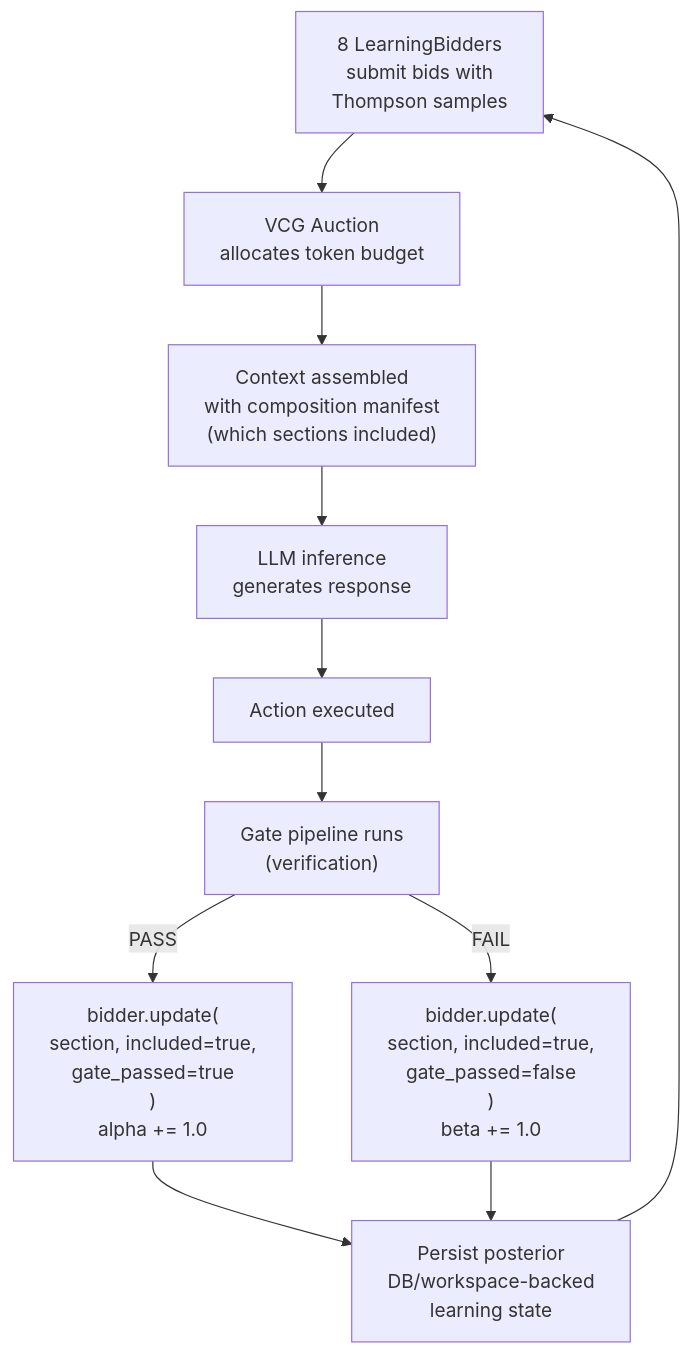
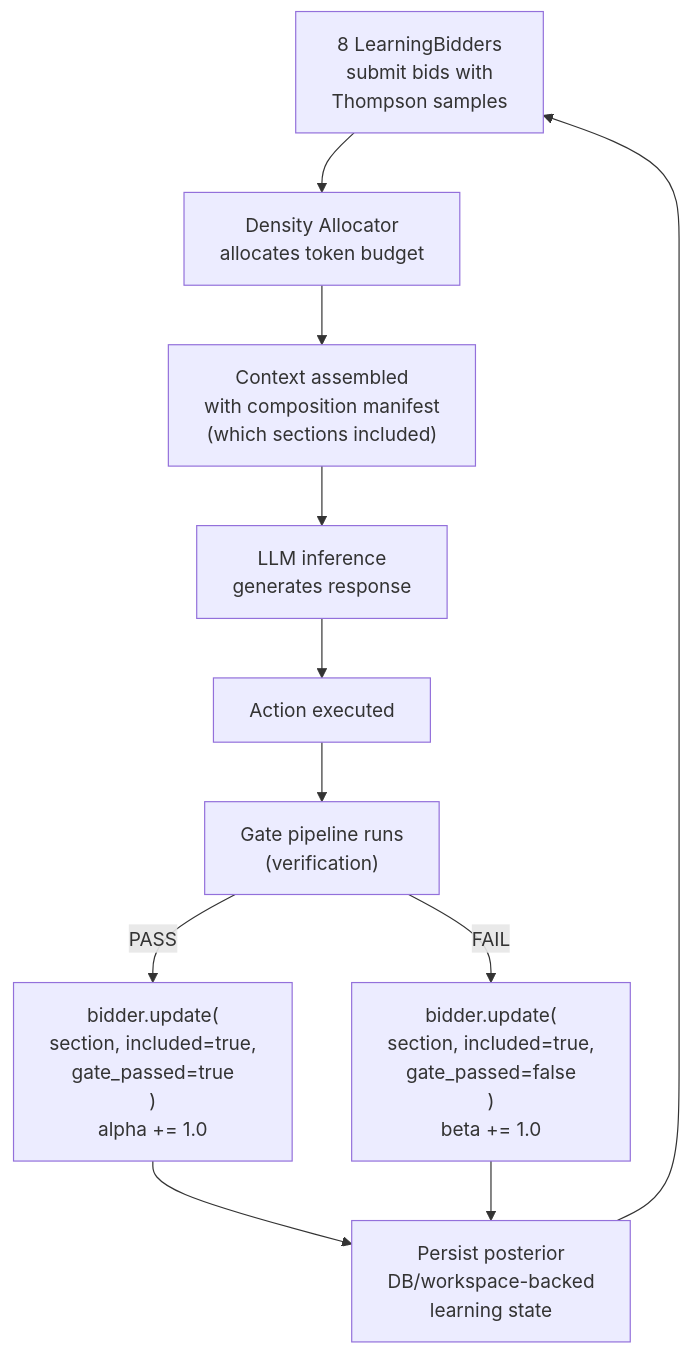
The third of 6 diagrams in tmp/context-memory/budget-composition.md (wpank/ironclaw), drawn with Mermaid before and after one commit. The commit also changed other lines of this file and 121 other files, not shown here.

````diff
--- a/tmp/context-memory/budget-composition.md
+++ b/tmp/context-memory/budget-composition.md
@@ -765,13 +494,13 @@
 ```mermaid
 flowchart TD
-    A["8 LearningBidders\nsubmit bids with\nThompson samples"] --> B["VCG Auction\nallocates token budget"]
+    A["8 LearningBidders\nsubmit bids with\nThompson samples"] --> B["Density Allocator\nallocates token budget"]
     B --> C["Context assembled\nwith composition manifest\n(which sections included)"]
     C --> D["LLM inference\ngenerates response"]
     D --> E["Action executed"]
     E --> F["Gate pipeline runs\n(verification)"]
     F -->|"PASS"| G["bidder.update(\n  section, included=true,\n  gate_passed=true\n)\nalpha += 1.0"]
     F -->|"FAIL"| H["bidder.update(\n  section, included=true,\n  gate_passed=false\n)\nbeta += 1.0"]
     G --> I["Persist posterior\nDB/workspace-backed\nlearning state"]
     H --> I
     I --> A
 ```
````
